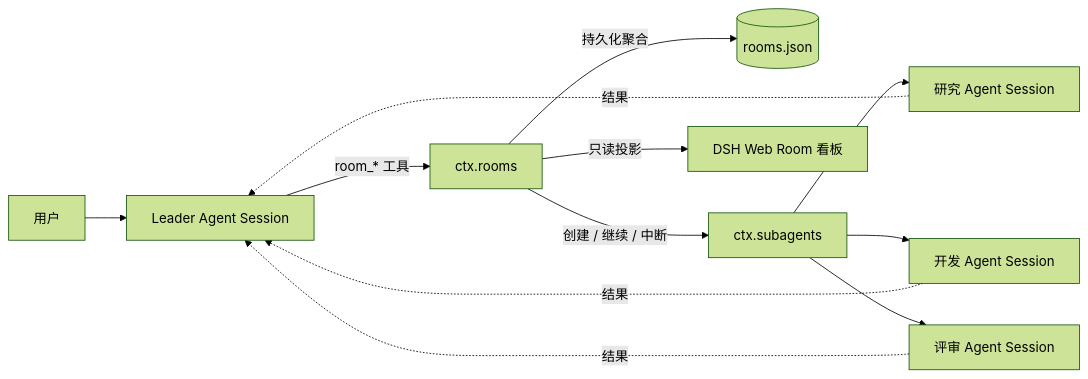
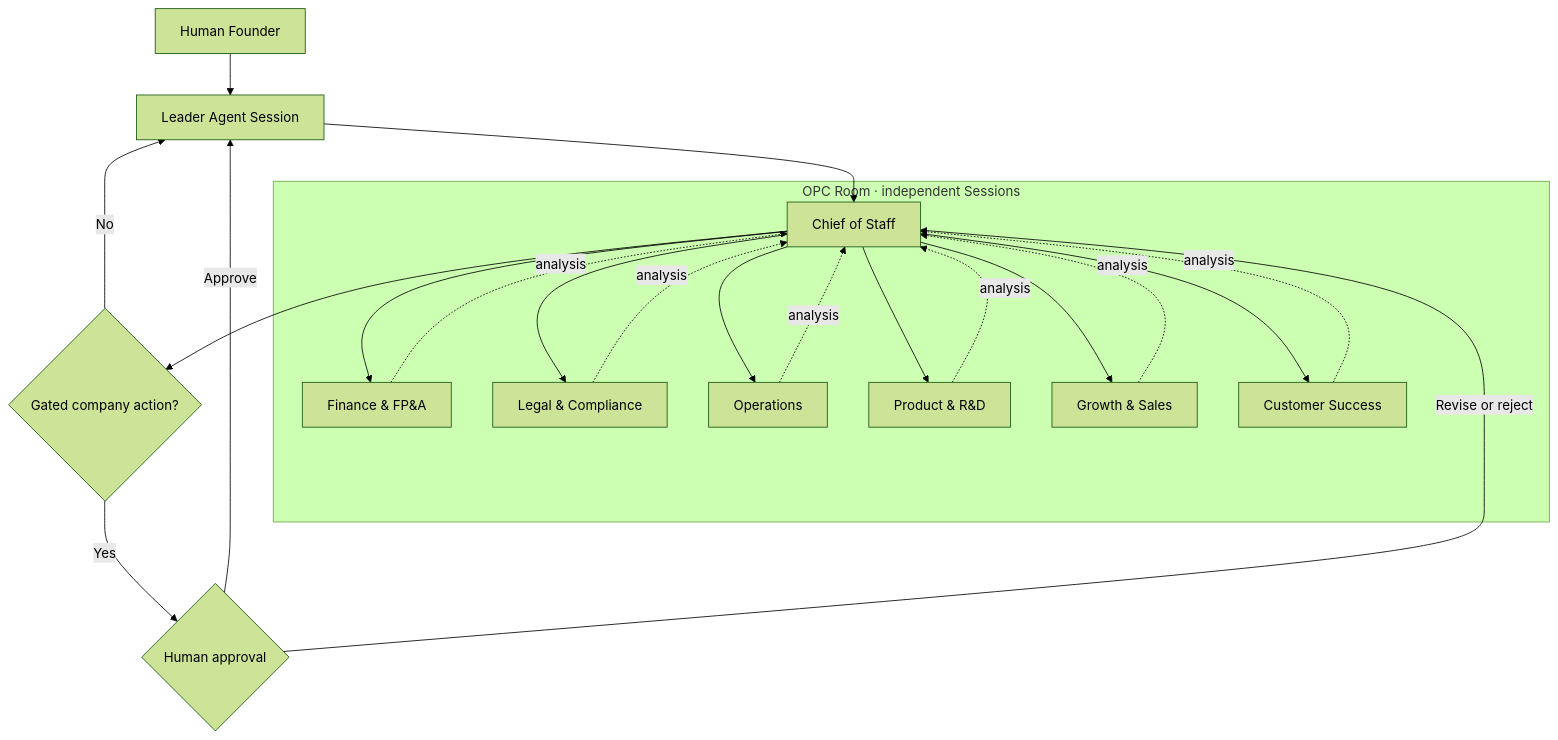
Before and after one commit to ishuowang/dsh-agent-team-room: the second of 2 diagrams in README.zh.md, drawn with Mermaid (forest theme). The commit also changed other lines of this file and 39 other files, not shown here.

````diff
--- a/README.zh.md
+++ b/README.zh.md
@@ -30,14 +123,34 @@
 ```mermaid
-flowchart LR
-  U[用户] --> L[Leader Agent Session]
-  L -->|room_* 工具| R[ctx.rooms]
-  R -->|持久化聚合| J[(rooms.json)]
-  R -->|创建 / 继续 / 中断| S[ctx.subagents]
-  S --> A1[研究 Agent Session]
-  S --> A2[开发 Agent Session]
-  S --> A3[评审 Agent Session]
-  A1 -. 结果 .-> L
-  A2 -. 结果 .-> L
-  A3 -. 结果 .-> L
-  R -->|只读投影| W[DSH Web Room 看板]
+flowchart TB
+  H[Human Founder] --> L[Leader Agent Session]
+
+  subgraph ROOM[OPC Room · independent Sessions]
+    C[Chief of Staff]
+    F["Finance & FP&A"]
+    G["Legal & Compliance"]
+    O[Operations]
+    R["Product & R&D"]
+    M["Growth & Sales"]
+    S[Customer Success]
+
+    C --> F
+    C --> G
+    C --> O
+    C --> R
+    C --> M
+    C --> S
+    F -. analysis .-> C
+    G -. analysis .-> C
+    O -. analysis .-> C
+    R -. analysis .-> C
+    M -. analysis .-> C
+    S -. analysis .-> C
+  end
+
+  L --> C
+  C --> D{Gated company action?}
+  D -->|No| L
+  D -->|Yes| A{Human approval}
+  A -->|Approve| L
+  A -->|Revise or reject| C
 ```
````
